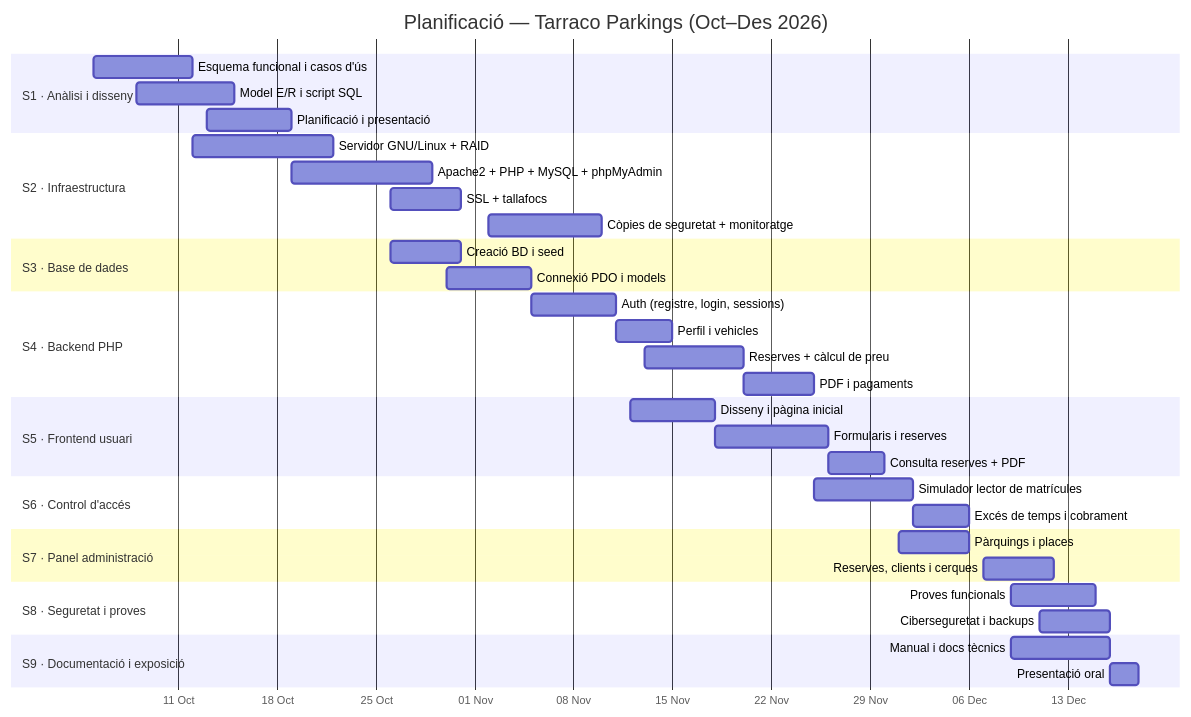
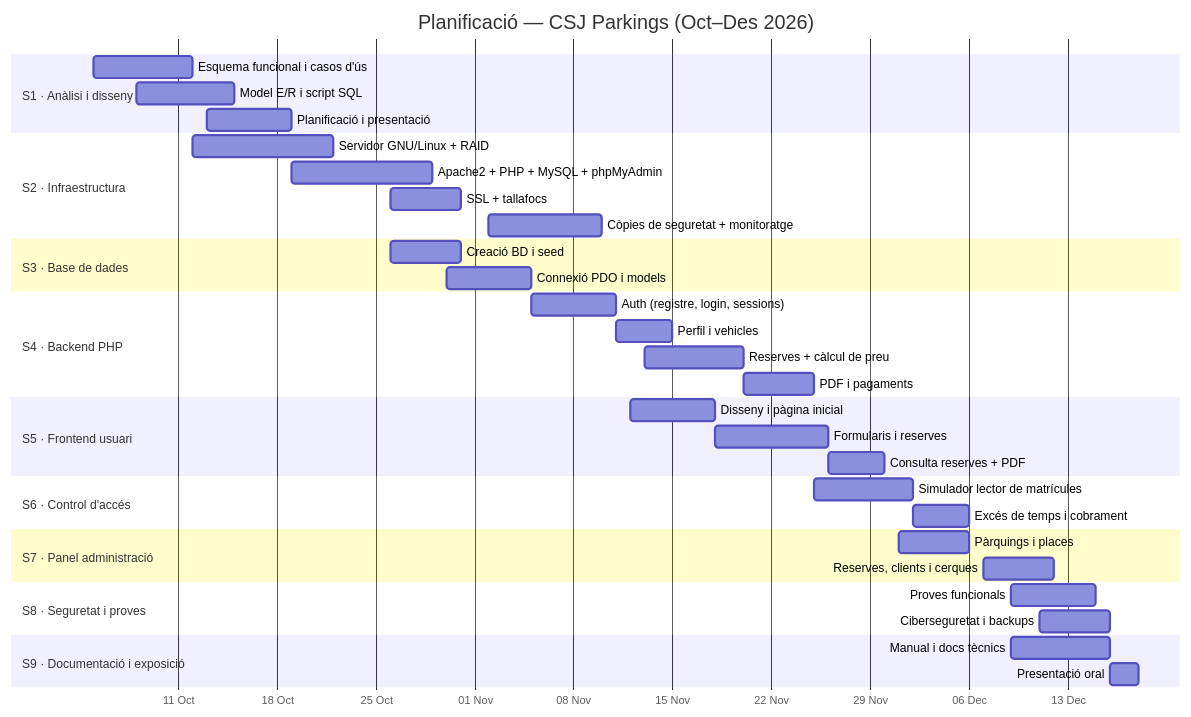
One commit to carlosxavierx/parkingcsj changed the diagram in proyecto_parking/sprint1/04-planificacion.md. Above: the diagram before and after it, drawn with Mermaid. The commit also changed other lines of this file and 60 other files, not shown here.

Commit message:
Sprint 2: documentacio, model E/R actualitzat, RAID 1, Apache+PHP+MariaDB i canvi de nom a CSJ Parkings

````diff
--- a/proyecto_parking/sprint1/04-planificacion.md
+++ b/proyecto_parking/sprint1/04-planificacion.md
@@ -156,48 +156,48 @@
 ```mermaid
 gantt
-    title Planificació — Tarraco Parkings (Oct–Des 2026)
+    title Planificació — CSJ Parkings (Oct–Des 2026)
     dateFormat  YYYY-MM-DD
     axisFormat  %d %b
 
     section S1 · Anàlisi i disseny
     Esquema funcional i casos d'ús      :s1a, 2026-10-05, 7d
     Model E/R i script SQL              :s1b, 2026-10-08, 7d
     Planificació i presentació          :s1c, 2026-10-13, 6d
 
     section S2 · Infraestructura
     Servidor GNU/Linux + RAID           :s2a, 2026-10-12, 10d
     Apache2 + PHP + MySQL + phpMyAdmin  :s2b, 2026-10-19, 10d
     SSL + tallafocs                     :s2c, 2026-10-26, 5d
     Còpies de seguretat + monitoratge   :s2d, 2026-11-02, 8d
 
     section S3 · Base de dades
     Creació BD i seed                   :s3a, 2026-10-26, 5d
     Connexió PDO i models               :s3b, 2026-10-30, 6d
 
     section S4 · Backend PHP
     Auth (registre, login, sessions)    :s4a, 2026-11-05, 6d
     Perfil i vehicles                   :s4b, 2026-11-11, 4d
     Reserves + càlcul de preu           :s4c, 2026-11-13, 7d
     PDF i pagaments                     :s4d, 2026-11-20, 5d
 
     section S5 · Frontend usuari
     Disseny i pàgina inicial            :s5a, 2026-11-12, 6d
     Formularis i reserves               :s5b, 2026-11-18, 8d
     Consulta reserves + PDF             :s5c, 2026-11-26, 4d
 
     section S6 · Control d'accés
     Simulador lector de matrícules      :s6a, 2026-11-25, 7d
     Excés de temps i cobrament          :s6b, 2026-12-02, 4d
 
     section S7 · Panel administració
     Pàrquings i places                  :s7a, 2026-12-01, 5d
     Reserves, clients i cerques         :s7b, 2026-12-07, 5d
 
     section S8 · Seguretat i proves
     Proves funcionals                   :s8a, 2026-12-09, 6d
     Ciberseguretat i backups            :s8b, 2026-12-11, 5d
 
     section S9 · Documentació i exposició
     Manual i docs tècnics               :s9a, 2026-12-09, 7d
     Presentació oral                    :s9b, 2026-12-16, 2d
 ```
````
